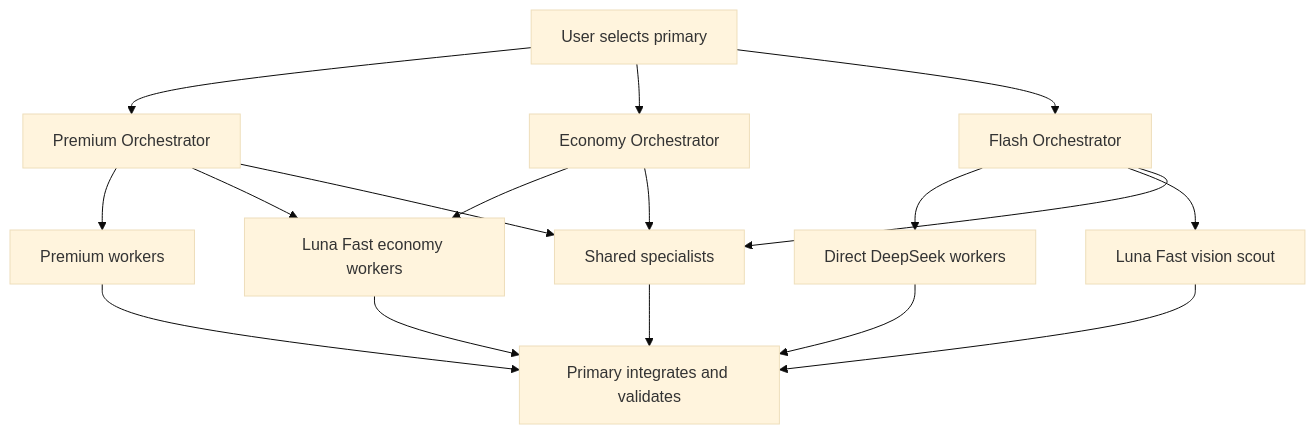
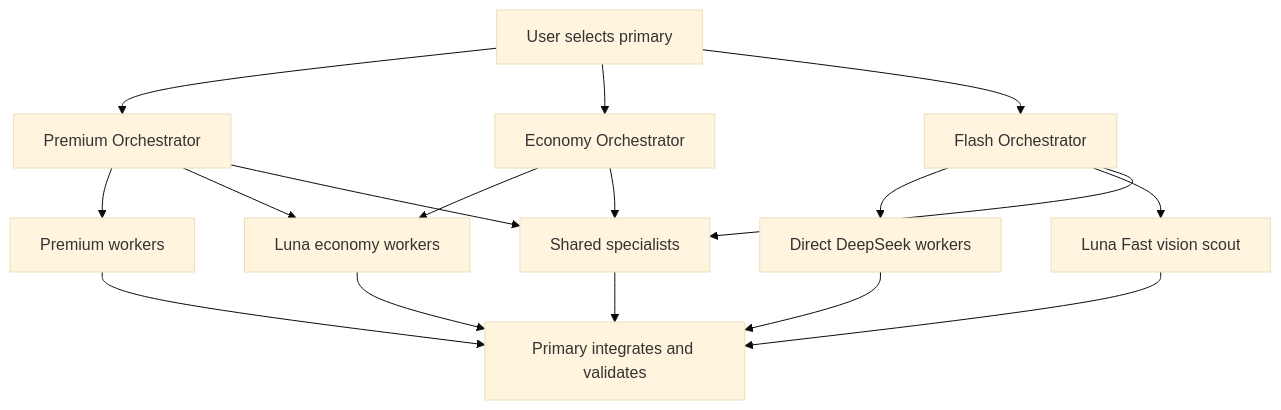
Before and after one commit to madsoftwaredev/opencode-config: the first of 3 diagrams in README.md, drawn with Mermaid (base theme). The commit also changed other lines of this file and 54 other files, not shown here.

````diff
--- a/README.md
+++ b/README.md
@@ -166,19 +174,19 @@
 ```mermaid
 flowchart TD
     A[User selects primary] --> T[Premium Orchestrator]
     A --> E[Economy Orchestrator]
     A --> F[Flash Orchestrator]
     T --> P[Premium workers]
-    T --> C[Luna Fast economy workers]
+    T --> C[Luna economy workers]
     E --> C
     F --> D[Direct DeepSeek workers]
     F --> N[Luna Fast vision scout]
     T --> S[Shared specialists]
     E --> S
     F --> S
     P --> V[Primary integrates and validates]
     C --> V
     D --> V
     N --> V
     S --> V
 ```
````
